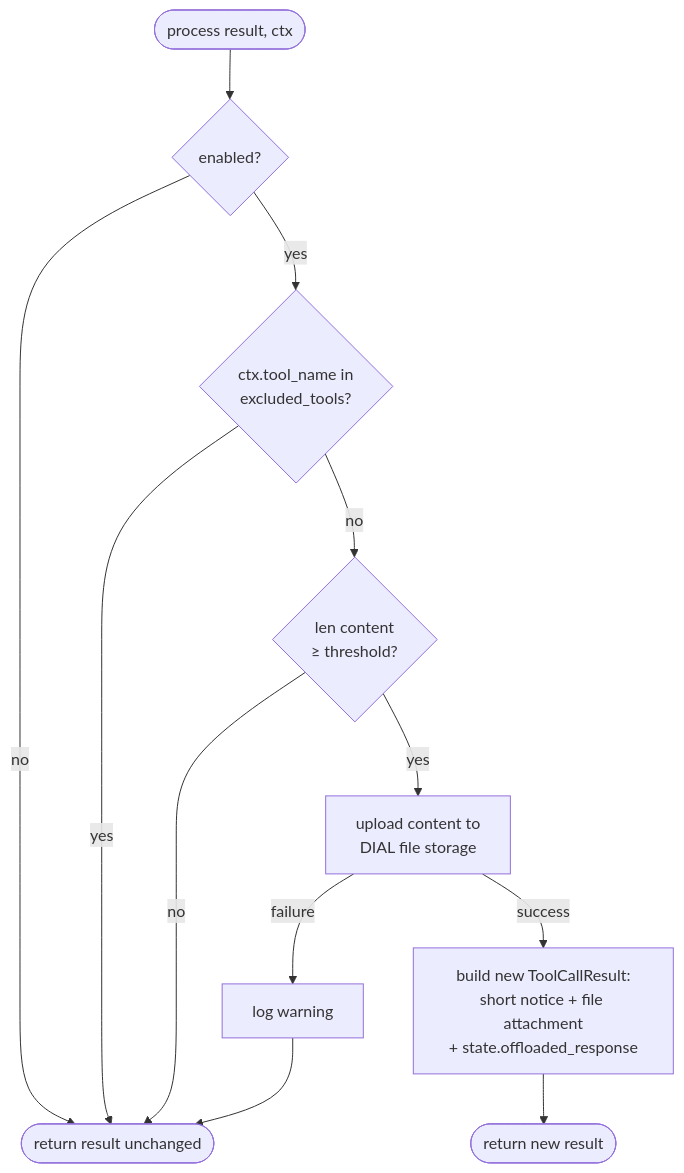
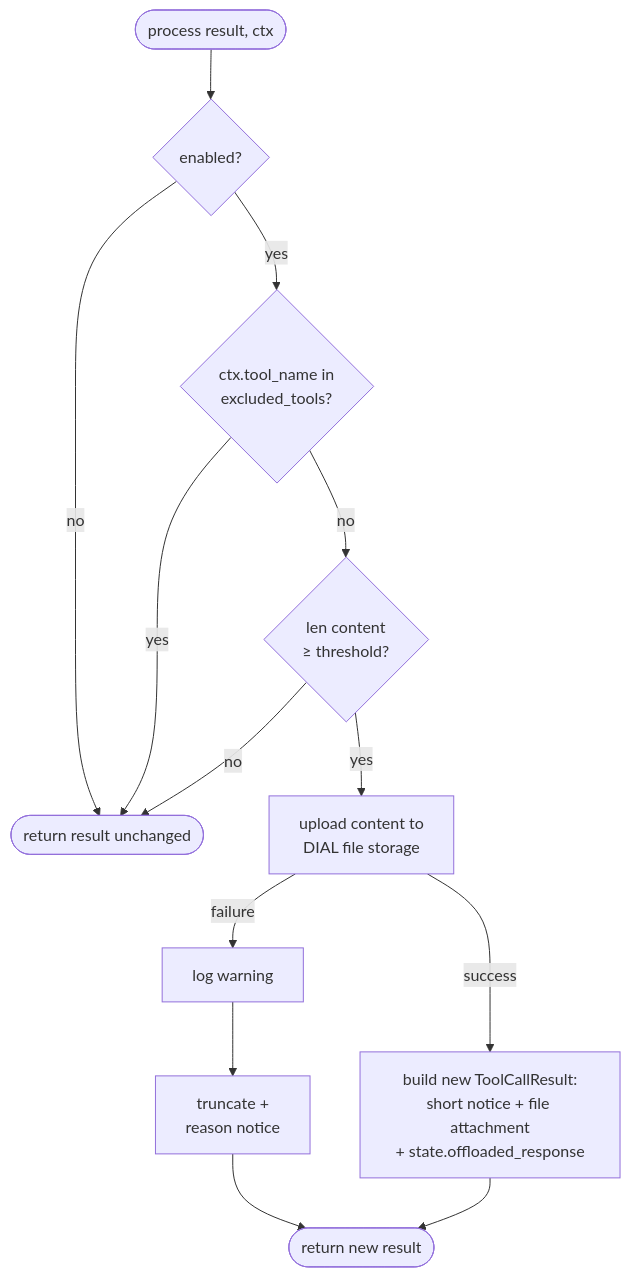
The first of 4 diagrams in docs/designs/large_tool_responses.md (epam/ai-dial-quickapps-backend), drawn with Mermaid before and after one commit. The commit also changed other lines of this file and 6 other files, not shown here.

````diff
--- a/docs/designs/large_tool_responses.md
+++ b/docs/designs/large_tool_responses.md
@@ -132,13 +132,13 @@
 ```mermaid
 flowchart TD
     Start([process result, ctx]) --> Enabled{enabled?}
     Enabled -- no --> ReturnAsIs([return result unchanged])
     Enabled -- yes --> Excluded{ctx.tool_name in<br/>excluded_tools?}
     Excluded -- yes --> ReturnAsIs
     Excluded -- no --> Size{len content<br/>≥ threshold?}
     Size -- no --> ReturnAsIs
     Size -- yes --> Upload[upload content to<br/>DIAL file storage]
-    Upload -- failure --> Warn[log warning] --> ReturnAsIs
+    Upload -- failure --> Warn[log warning] --> Trunc[truncate +<br/>reason notice] --> ReturnNew
     Upload -- success --> Build[build new ToolCallResult:<br/>short notice + file attachment<br/>+ state.offloaded_response]
     Build --> ReturnNew([return new result])
 ```
````
